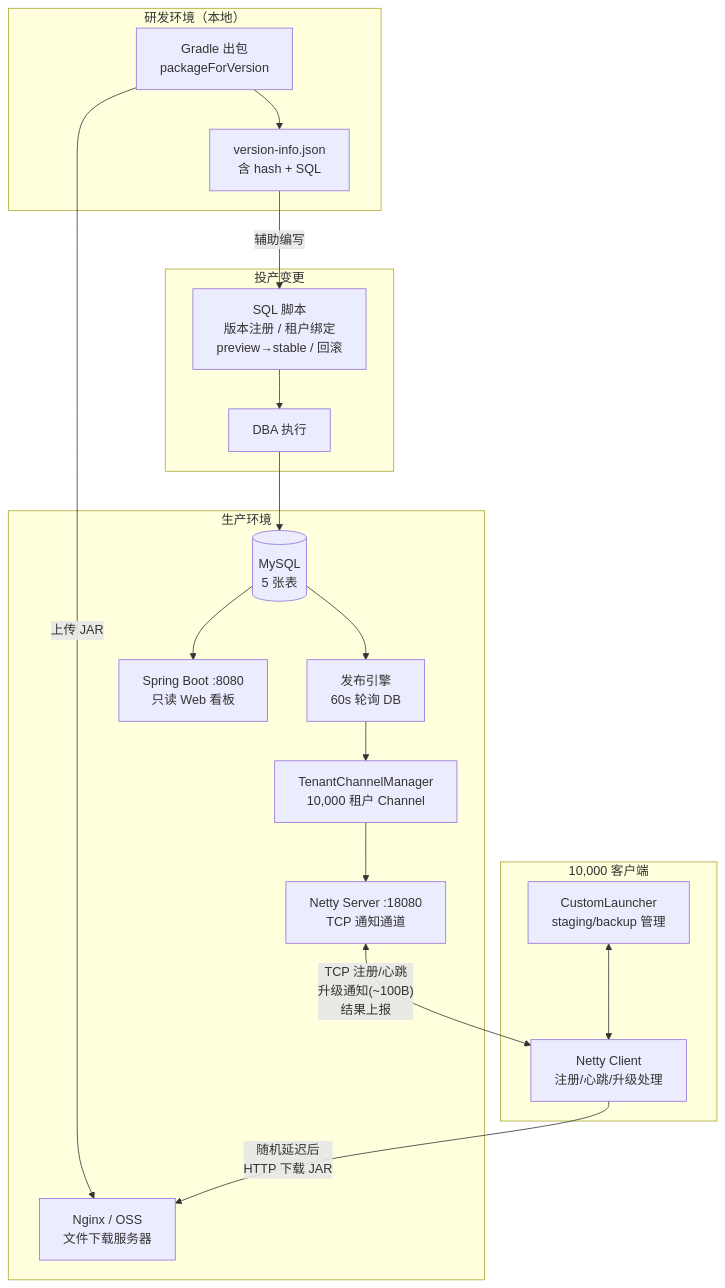
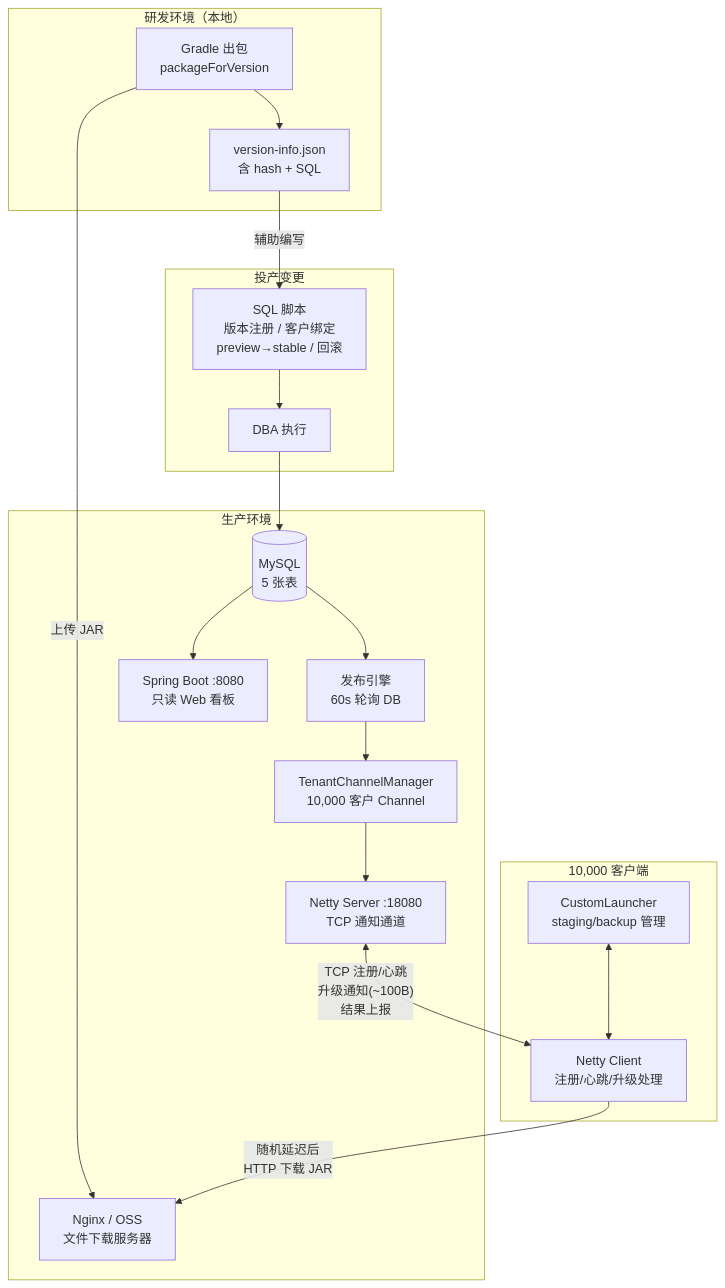
One commit to zhangpeng3710/nettydemo changed the ninth of 9 diagrams in docs/适用于生产现状的版本更新方案.md. Above: the diagram before and after it, drawn with Mermaid. The commit also changed other lines of this file and 1 other file, not shown here.

````diff
--- a/docs/适用于生产现状的版本更新方案.md
+++ b/docs/适用于生产现状的版本更新方案.md
@@ -878,41 +873,41 @@
 ```mermaid
 graph TB
     subgraph 研发["研发环境（本地）"]
         DEV["Gradle 出包<br/>packageForVersion"]
         VINFO["version-info.json<br/>含 hash + SQL"]
     end
 
     subgraph 投产["投产变更"]
-        SQL["SQL 脚本<br/>版本注册 / 租户绑定<br/>preview→stable / 回滚"]
+        SQL["SQL 脚本<br/>版本注册 / 客户绑定<br/>preview→stable / 回滚"]
         DBA["DBA 执行"]
     end
 
     subgraph 生产["生产环境"]
         DB[(MySQL<br/>5 张表)]
         ENGINE["发布引擎<br/>60s 轮询 DB"]
-        TCM["TenantChannelManager<br/>10,000 租户 Channel"]
+        TCM["TenantChannelManager<br/>10,000 客户 Channel"]
         NETTY["Netty Server :18080<br/>TCP 通知通道"]
         HTTP["Spring Boot :8080<br/>只读 Web 看板"]
         NGINX["Nginx / OSS<br/>文件下载服务器"]
     end
 
     subgraph 客户端["10,000 客户端"]
         CL["CustomLauncher<br/>staging/backup 管理"]
         APP["Netty Client<br/>注册/心跳/升级处理"]
     end
 
     DEV --> |上传 JAR| NGINX
     DEV --> VINFO
     VINFO --> |辅助编写| SQL
     SQL --> DBA
     DBA --> DB
 
     DB --> ENGINE
     DB --> HTTP
     ENGINE --> TCM
     TCM --> NETTY
 
     NETTY <--> |"TCP 注册/心跳<br/>升级通知(~100B)<br/>结果上报"| APP
     APP --> |"随机延迟后<br/>HTTP 下载 JAR"| NGINX
     CL <--> APP
 ```
````
